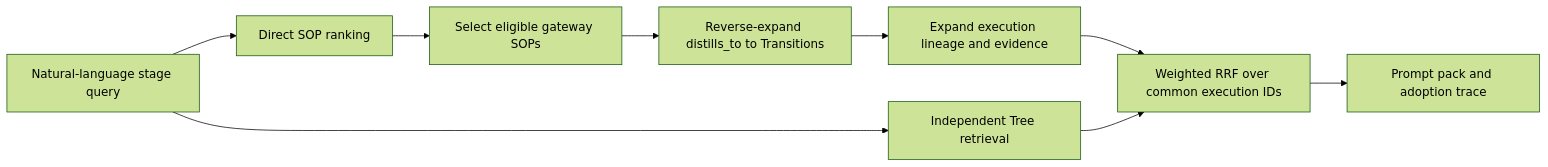
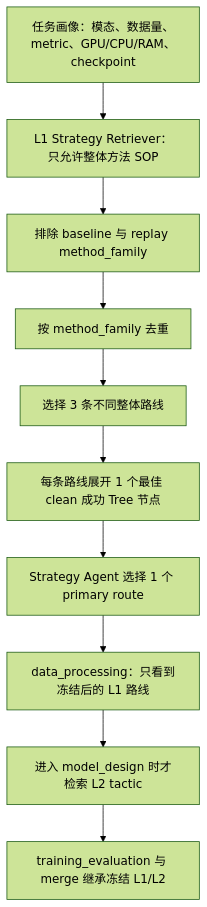
Before and after one commit to martin68688/nautilus: the diagram in coordination/stage_aware_sop_gateway_runforest_research_note.md, drawn with Mermaid (forest theme). The commit also changed other lines of this file and 43 other files, not shown here.

Commit message:
Layer Novel Draft strategy retrieval by SOP abstraction

````diff
--- a/coordination/stage_aware_sop_gateway_runforest_research_note.md
+++ b/coordination/stage_aware_sop_gateway_runforest_research_note.md
@@ -62,11 +53,13 @@
 ```mermaid
-flowchart LR
-    Q["Natural-language stage query"] --> S["Direct SOP ranking"]
-    S --> G["Select eligible gateway SOPs"]
-    G --> T["Reverse-expand distills_to to Transitions"]
-    T --> X["Expand execution lineage and evidence"]
-    Q --> R["Independent Tree retrieval"]
-    X --> F["Weighted RRF over common execution IDs"]
-    R --> F
-    F --> P["Prompt pack and adoption trace"]
+flowchart TD
+    Q["任务画像：模态、数据量、metric、GPU/CPU/RAM、checkpoint"]
+    Q --> L1["L1 Strategy Retriever：只允许整体方法 SOP"]
+    L1 --> X["排除 baseline 与 replay method_family"]
+    X --> D["按 method_family 去重"]
+    D --> R["选择 3 条不同整体路线"]
+    R --> T["每条路线展开 1 个最佳 clean 成功 Tree 节点"]
+    T --> A["Strategy Agent 选择 1 个 primary route"]
+    A --> P["data_processing：只看到冻结后的 L1 路线"]
+    P --> M["进入 model_design 时才检索 L2 tactic"]
+    M --> E["training_evaluation 与 merge 继承冻结 L1/L2"]
 ```
````
